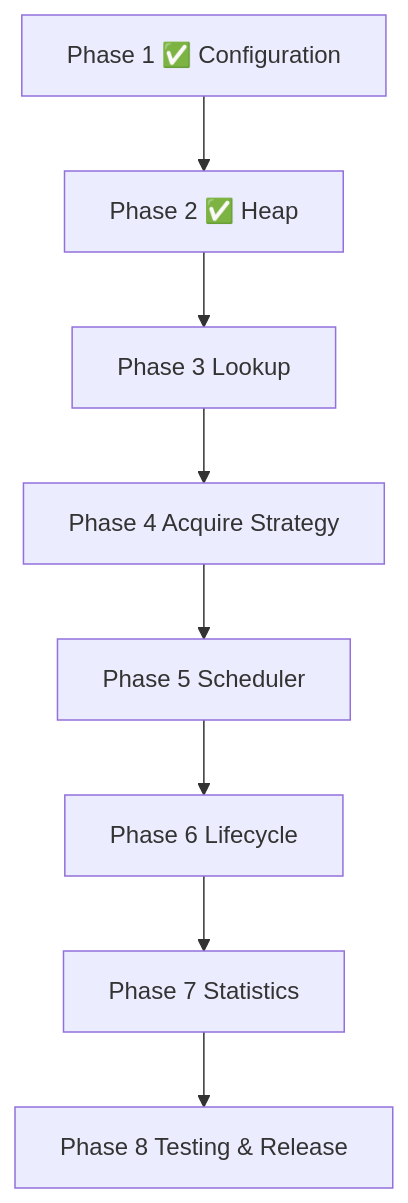
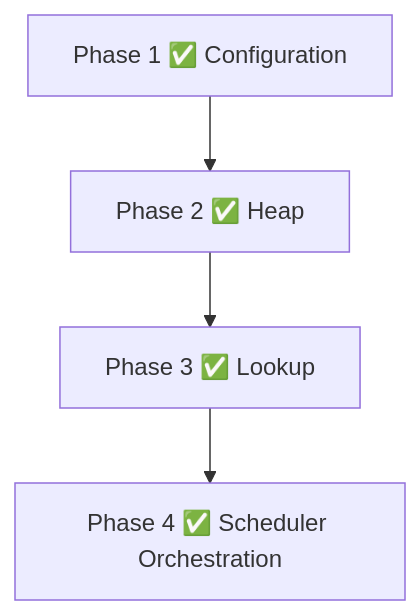
Before and after one commit to phero20/concurrent-resource-scheduler: the diagram in ROADMAP.md, drawn with Mermaid. The commit also changed other lines of this file and 20 other files, not shown here.

Commit message:
phase 5.1 AcquireByAffinity

````diff
--- a/ROADMAP.md
+++ b/ROADMAP.md
@@ -5,10 +5,6 @@
 ```mermaid
 flowchart TD
     P1[Phase 1 ✅ Configuration] --> P2[Phase 2 ✅ Heap]
-    P2 --> P3[Phase 3 Lookup]
-    P3 --> P4[Phase 4 Acquire Strategy]
-    P4 --> P5[Phase 5 Scheduler]
-    P5 --> P6[Phase 6 Lifecycle]
-    P6 --> P7[Phase 7 Statistics]
-    P7 --> P8[Phase 8 Testing & Release]
+    P2 --> P3[Phase 3 ✅ Lookup]
+    P3 --> P4[Phase 4 ✅ Scheduler Orchestration]
 ```
````
